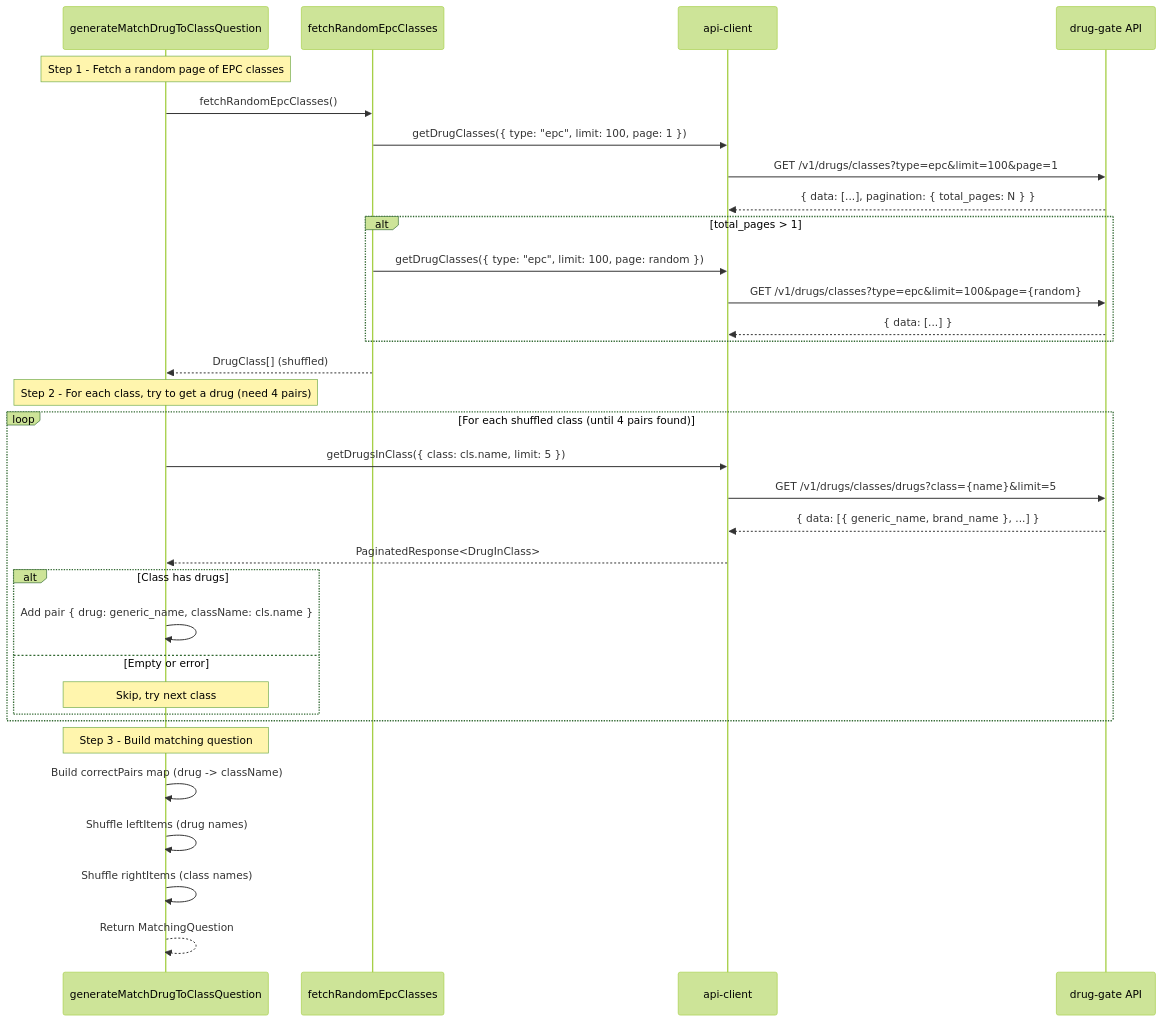
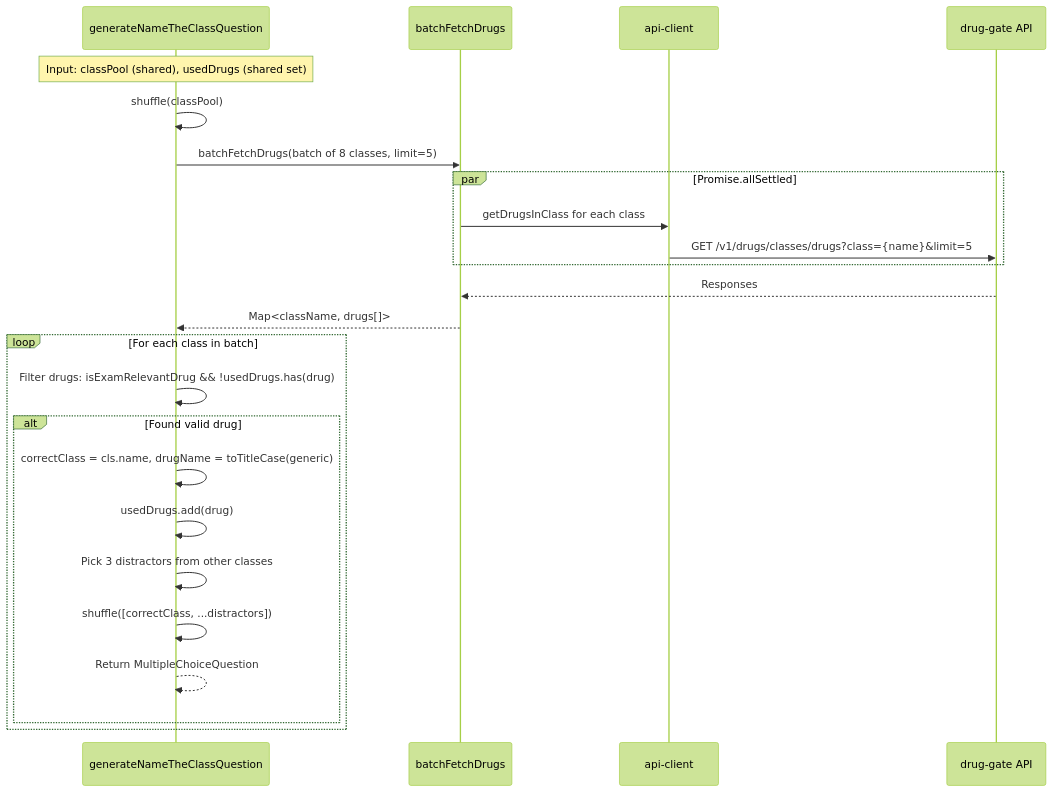
The fourth of 13 diagrams in docs/sequence-diagram.md (finish06/drugs-quiz), drawn with Mermaid (forest theme) before and after one commit. The commit also changed other lines of this file and 1 other file, not shown here.

First line of the commit message:
docs: update CLAUDE.md and sequence diagrams for M3/M4

````diff
--- a/docs/sequence-diagram.md
+++ b/docs/sequence-diagram.md
@@ -111,38 +149,29 @@
 ```mermaid
 sequenceDiagram
-    participant Gen as generateMatchDrugToClassQuestion
-    participant Fetch as fetchRandomEpcClasses
+    participant Gen as generateNameTheClassQuestion
+    participant Batch as batchFetchDrugs
     participant API as api-client
     participant DrugGate as drug-gate API
 
-    Note over Gen: Step 1 - Fetch a random page of EPC classes
-    Gen->>Fetch: fetchRandomEpcClasses()
-    Fetch->>API: getDrugClasses({ type: "epc", limit: 100, page: 1 })
-    API->>DrugGate: GET /v1/drugs/classes?type=epc&limit=100&page=1
-    DrugGate-->>API: { data: [...], pagination: { total_pages: N } }
-    alt total_pages > 1
-        Fetch->>API: getDrugClasses({ type: "epc", limit: 100, page: random })
-        API->>DrugGate: GET /v1/drugs/classes?type=epc&limit=100&page={random}
-        DrugGate-->>API: { data: [...] }
+    Note over Gen: Input: classPool (shared), usedDrugs (shared set)
+    Gen->>Gen: shuffle(classPool)
+
+    Gen->>Batch: batchFetchDrugs(batch of 8 classes, limit=5)
+    par Promise.allSettled
+        Batch->>API: getDrugsInClass for each class
+        API->>DrugGate: GET /v1/drugs/classes/drugs?class={name}&limit=5
     end
-    Fetch-->>Gen: DrugClass[] (shuffled)
+    DrugGate-->>Batch: Responses
+    Batch-->>Gen: Map<className, drugs[]>
 
-    Note over Gen: Step 2 - For each class, try to get a drug (need 4 pairs)
-    loop For each shuffled class (until 4 pairs found)
-        Gen->>API: getDrugsInClass({ class: cls.name, limit: 5 })
-        API->>DrugGate: GET /v1/drugs/classes/drugs?class={name}&limit=5
-        DrugGate-->>API: { data: [{ generic_name, brand_name }, ...] }
-        API-->>Gen: PaginatedResponse<DrugInClass>
-        alt Class has drugs
-            Gen->>Gen: Add pair { drug: generic_name, className: cls.name }
-        else Empty or error
-            Note over Gen: Skip, try next class
+    loop For each class in batch
+        Gen->>Gen: Filter drugs: isExamRelevantDrug && !usedDrugs.has(drug)
+        alt Found valid drug
+            Gen->>Gen: correctClass = cls.name, drugName = toTitleCase(generic)
+            Gen->>Gen: usedDrugs.add(drug)
+            Gen->>Gen: Pick 3 distractors from other classes
+            Gen->>Gen: shuffle([correctClass, ...distractors])
+            Gen-->>Gen: Return MultipleChoiceQuestion
         end
     end
-
-    Note over Gen: Step 3 - Build matching question
-    Gen->>Gen: Build correctPairs map (drug -> className)
-    Gen->>Gen: Shuffle leftItems (drug names)
-    Gen->>Gen: Shuffle rightItems (class names)
-    Gen-->>Gen: Return MatchingQuestion
 ```
````
